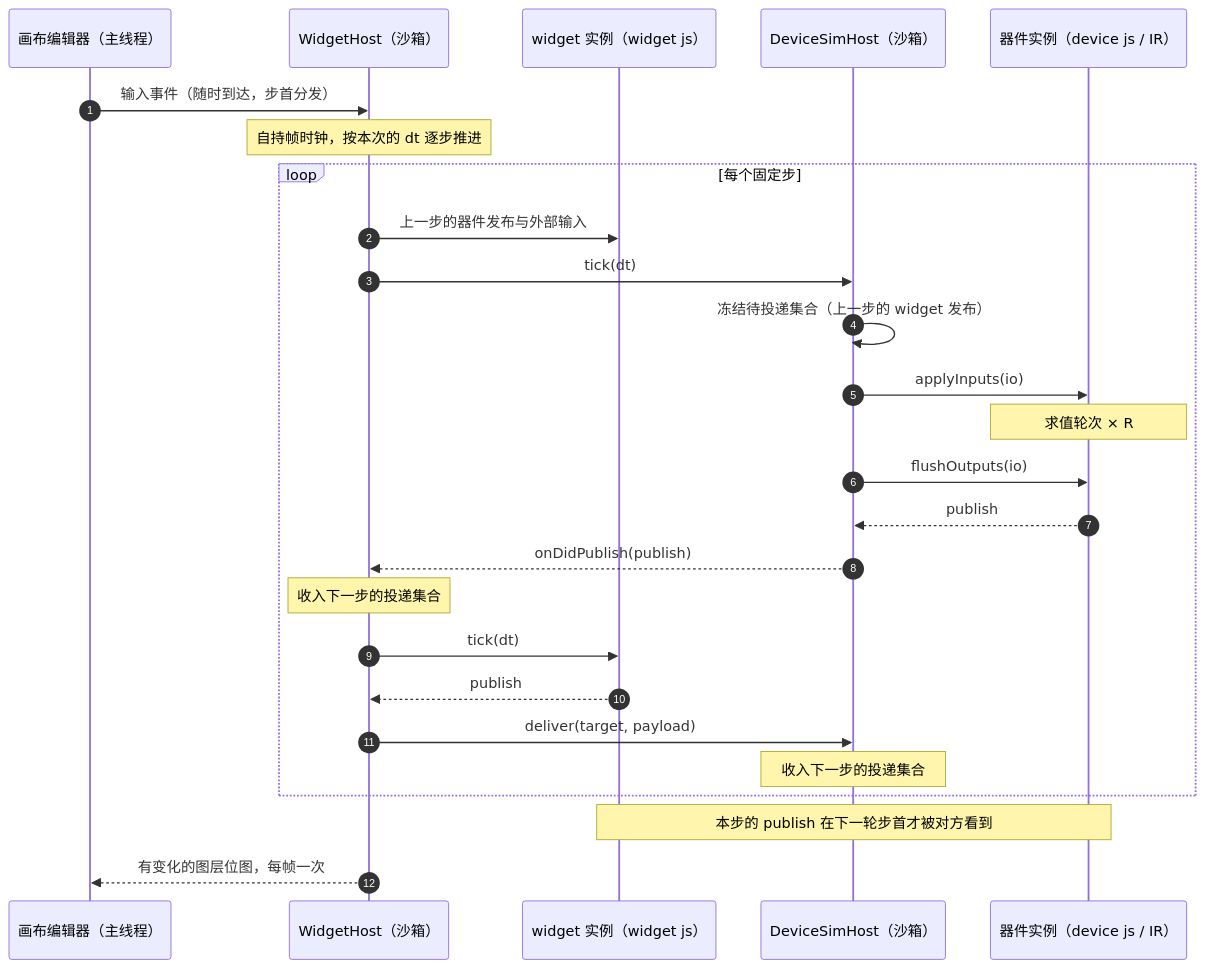
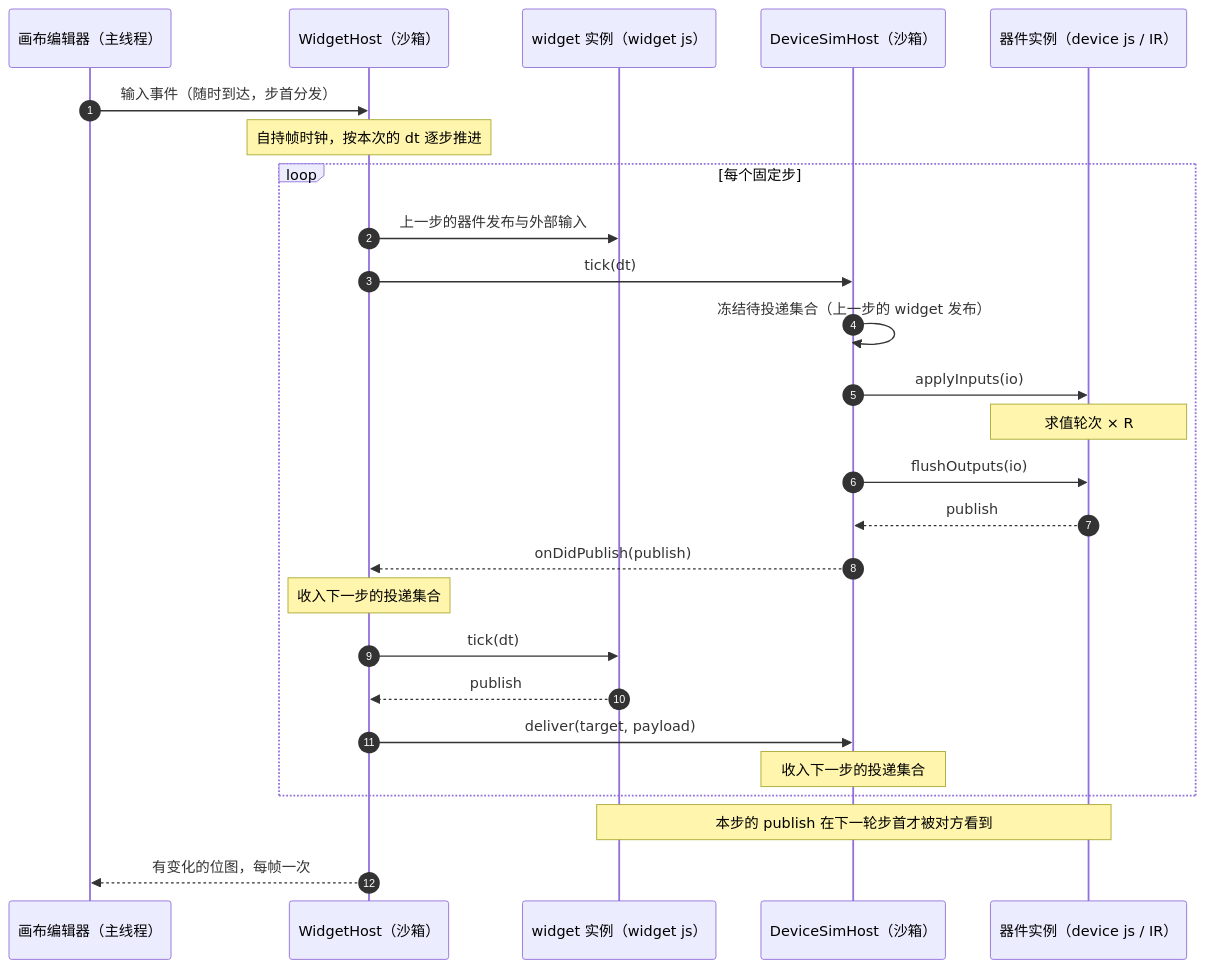
The diagram in docs/rfc/0018-canvas-runtime.md (x-botlab/mica-js), drawn with Mermaid before and after one commit. The commit also changed other lines of this file, not shown here.

First line of the commit message:
docs(rfc): 图层事件改名 Widget 系列，载荷带上属性与绑定

````diff
--- a/docs/rfc/0018-canvas-runtime.md
+++ b/docs/rfc/0018-canvas-runtime.md
@@ -195,31 +191,31 @@
 ```mermaid
 sequenceDiagram
     autonumber
     participant E as 画布编辑器（主线程）
     participant WH as WidgetHost（沙箱）
     participant WJ as widget 实例（widget js）
     participant DS as DeviceSimHost（沙箱）
     participant DJ as 器件实例（device js / IR）
 
     E->>WH: 输入事件（随时到达，步首分发）
     Note over WH: 自持帧时钟，按本次的 dt 逐步推进
 
     loop 每个固定步
         WH->>WJ: 上一步的器件发布与外部输入
         WH->>DS: tick(dt)
         DS->>DS: 冻结待投递集合（上一步的 widget 发布）
         DS->>DJ: applyInputs(io)
         Note over DJ: 求值轮次 × R
         DS->>DJ: flushOutputs(io)
         DJ-->>DS: publish
         DS-->>WH: onDidPublish(publish)
         Note over WH: 收入下一步的投递集合
         WH->>WJ: tick(dt)
         WJ-->>WH: publish
         WH->>DS: deliver(target, payload)
         Note over DS: 收入下一步的投递集合
     end
 
     Note over WJ,DJ: 本步的 publish 在下一轮步首才被对方看到
-    WH-->>E: 有变化的图层位图，每帧一次
+    WH-->>E: 有变化的位图，每帧一次
 ```
````
